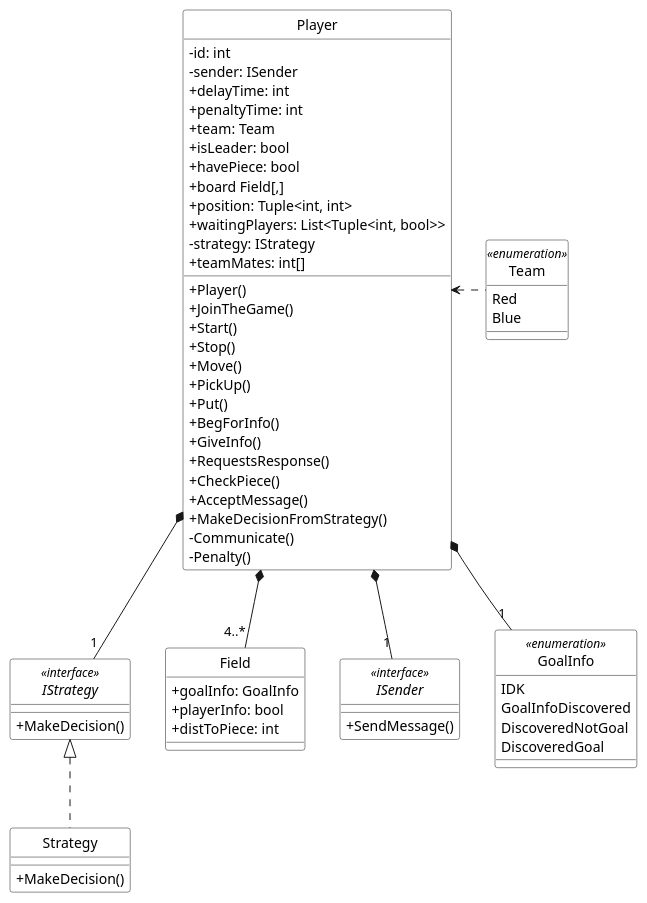
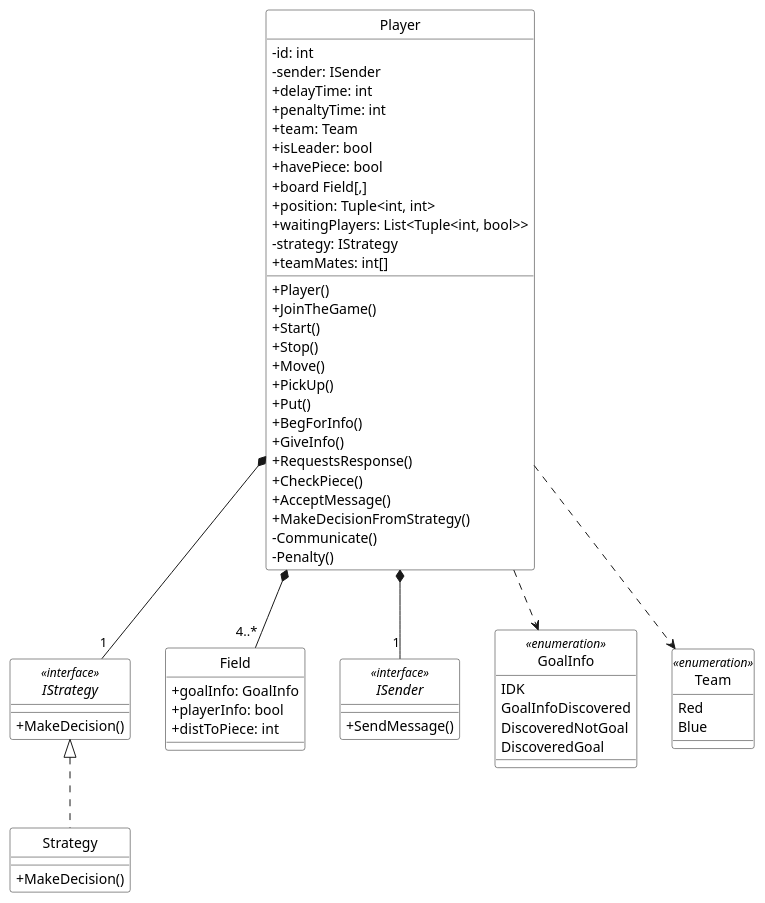
Before and after one commit to MINI-IO/IO-project-game: the diagram in UML/ClassDiagram/Player.puml, drawn with PlantUML. The commit also changed 3 other files, not shown here.

Commit message:
Bugfix enumClass diagrams

```diff
--- a/UML/ClassDiagram/Player.puml
+++ b/UML/ClassDiagram/Player.puml
@@ -1,79 +1,79 @@
 @startuml
 skinparam shadowing false
 skinparam monochrome true
 skinparam classAttributeIconSize 0
 hide circles
 
 skinparam class {
 BackgroundColor white
 }
 
 IStrategy <|.. Strategy
 Player *-- "4..*" Field
 Player *-- "1" IStrategy
 Player *-- "1" ISender
-Player *-- "1" GoalInfo
-Player <.right. Team
+Player ..> GoalInfo
+Player ..> Team
 
 class Player {
 - id: int
 - sender: ISender
 + delayTime: int
 + penaltyTime: int
 + team: Team
 + isLeader: bool
 + havePiece: bool
 + board Field[,]
 + position: Tuple<int, int>
 + waitingPlayers: List<Tuple<int, bool>>
 - strategy: IStrategy
 + teamMates: int[]
 
 + Player()
 + JoinTheGame()
 + Start()
 + Stop()
 + Move()
 + PickUp()
 + Put()
 + BegForInfo()
 + GiveInfo()
 + RequestsResponse()
 + CheckPiece()
 + AcceptMessage()
 + MakeDecisionFromStrategy()
 - Communicate()
 - Penalty()
 }
 
 class Field{
 + goalInfo: GoalInfo
 + playerInfo: bool
 + distToPiece: int
 }
 
 interface IStrategy <<interface>> {
 + MakeDecision()
 }
 
 interface ISender <<interface>> {
 + SendMessage()
 }
 
 
 class Strategy {
 + MakeDecision()
 }
 
 enum Team <<enumeration>> {
 Red
 Blue
 }
 
 enum GoalInfo <<enumeration>> {
 IDK
 GoalInfoDiscovered
 DiscoveredNotGoal
 DiscoveredGoal
 }
 @enduml
```
